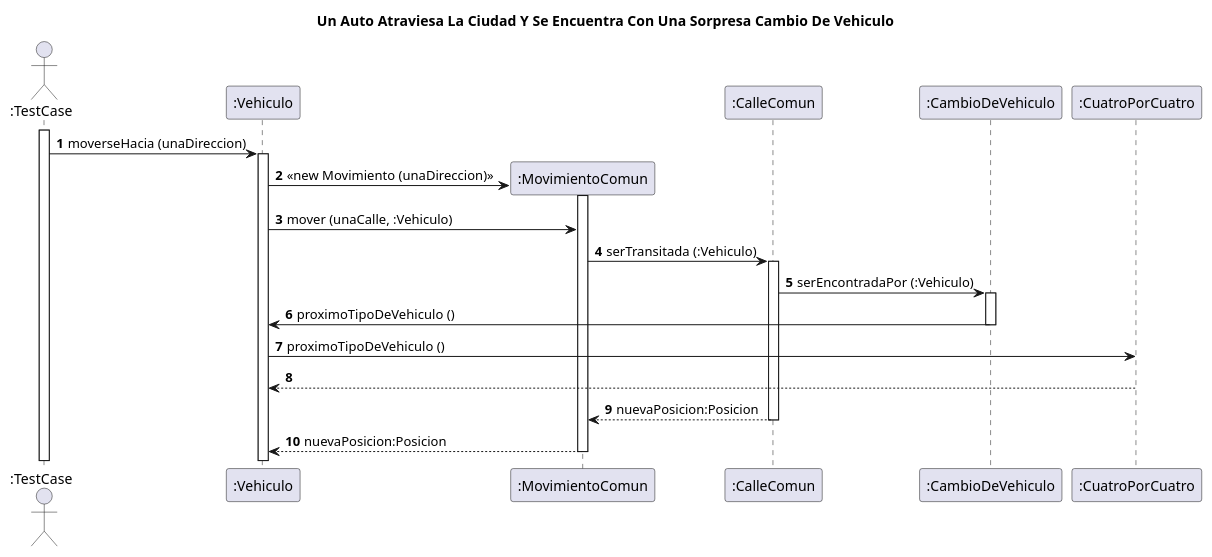
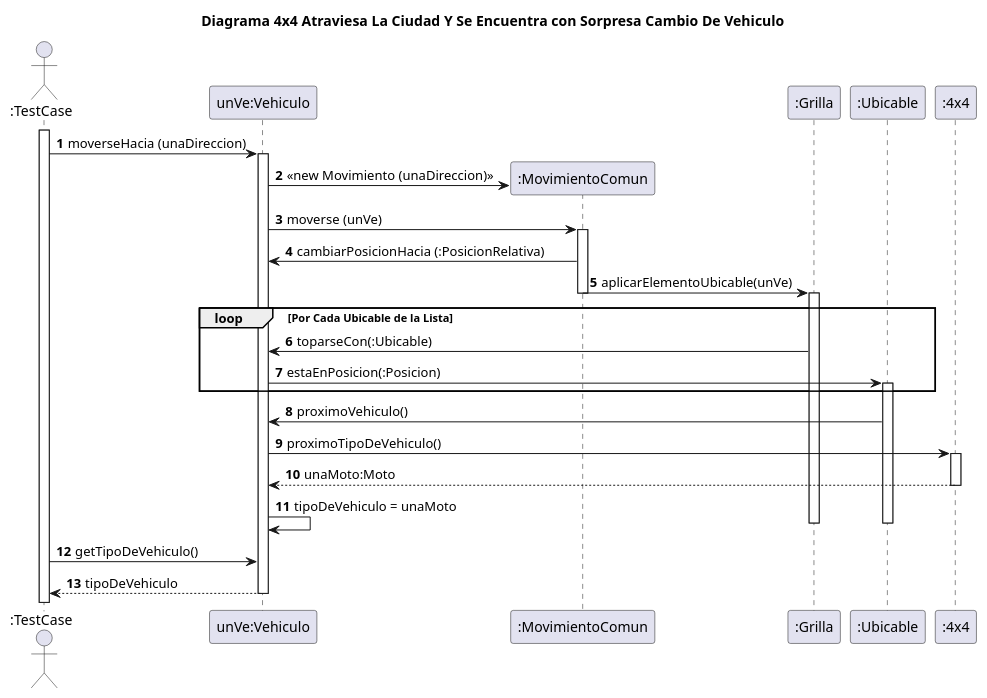
One commit to FacundoBaez1994/Algo3Tp2 changed the diagram in diagrams/sequences/Una4x4AtraviesaLaCiudadYEncuentraUnaSorpresaCambioDeVehículo.puml. Above: the diagram before and after it, drawn with PlantUML. The commit also changed 34 other files, not shown here.

Commit message:
Diagramas de Clases refactorizados

```diff
--- a/diagrams/sequences/Una4x4AtraviesaLaCiudadYEncuentraUnaSorpresaCambioDeVehículo.puml
+++ b/diagrams/sequences/Una4x4AtraviesaLaCiudadYEncuentraUnaSorpresaCambioDeVehículo.puml
@@ -1,27 +1,35 @@
 @startuml
 'https://plantuml.com/sequence-diagram
-title Un Auto Atraviesa La Ciudad Y Se Encuentra Con Una Sorpresa Cambio De Vehiculo
+title Diagrama 4x4 Atraviesa La Ciudad Y Se Encuentra con Sorpresa Cambio De Vehiculo
 autonumber
 actor ":TestCase"
+
 Activate ":TestCase"
-   ":TestCase" -> ":Vehiculo": moverseHacia (unaDireccion)
-    Activate ":Vehiculo"
+   ":TestCase" -> "unVe:Vehiculo": moverseHacia (unaDireccion)
+    Activate "unVe:Vehiculo"
     create ":MovimientoComun"
-    ":Vehiculo" -> ":MovimientoComun": <<new Movimiento (unaDireccion) >>
+    "unVe:Vehiculo" -> ":MovimientoComun": <<new Movimiento (unaDireccion) >>
+    "unVe:Vehiculo" -> ":MovimientoComun": moverse (unVe)
     Activate ":MovimientoComun"
-    ":Vehiculo" -> ":MovimientoComun": mover (unaCalle, :Vehiculo)
-    ":MovimientoComun" -> ":CalleComun": serTransitada (:Vehiculo)
-     Activate ":CalleComun"
-    ":CalleComun" -> ":CambioDeVehiculo": serEncontradaPor (:Vehiculo)
-    Activate ":CambioDeVehiculo"
-    ":CambioDeVehiculo" -> ":Vehiculo": proximoTipoDeVehiculo ()
-     Deactivate ":CambioDeVehiculo"
-     ":Vehiculo" -> ":CuatroPorCuatro": proximoTipoDeVehiculo ()
-     ":Vehiculo" <-- ":CuatroPorCuatro":
+    ":MovimientoComun" -> "unVe:Vehiculo": cambiarPosicionHacia (:PosicionRelativa)
+    ":MovimientoComun" -> ":Grilla": aplicarElementoUbicable(unVe)
+    Deactivate ":MovimientoComun"
+    Activate ":Grilla"
+    loop Por Cada Ubicable de la Lista
+    ":Grilla" -> "unVe:Vehiculo": toparseCon(:Ubicable)
+    "unVe:Vehiculo" -> ":Ubicable": estaEnPosicion(:Posicion)
+    Activate ":Ubicable"
+    end
 
-    ":MovimientoComun" <-- ":CalleComun": nuevaPosicion:Posicion
-    Deactivate ":CalleComun"
-    ":Vehiculo" <-- ":MovimientoComun": nuevaPosicion:Posicion
-    Deactivate ":MovimientoComun"
+
+    "unVe:Vehiculo" <- ":Ubicable": proximoVehiculo()
+    "unVe:Vehiculo" -> ":4x4": proximoTipoDeVehiculo()
+    Activate ":4x4"
+    return unaMoto:Moto
+    "unVe:Vehiculo" -> "unVe:Vehiculo":tipoDeVehiculo = unaMoto
+    Deactivate ":Ubicable"
+    Deactivate ":Grilla"
+    ":TestCase" -> "unVe:Vehiculo": getTipoDeVehiculo()
+    return tipoDeVehiculo
 
 @enduml
```
